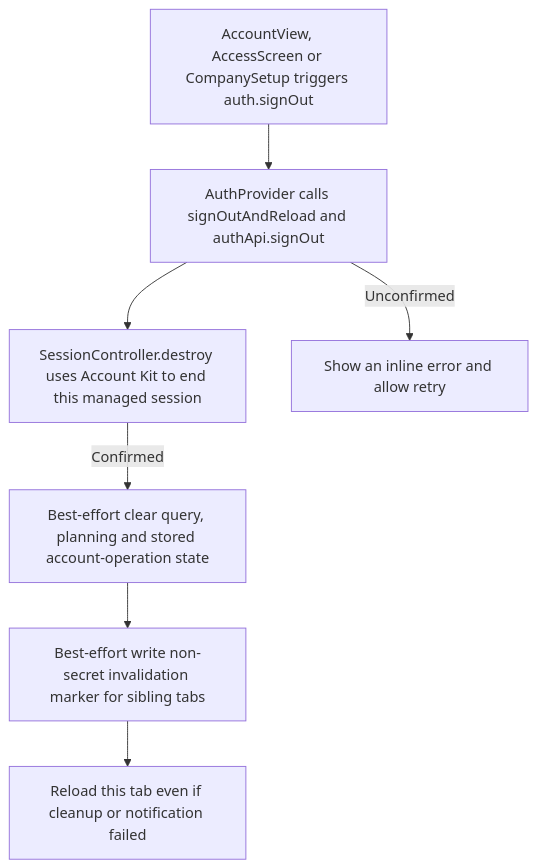
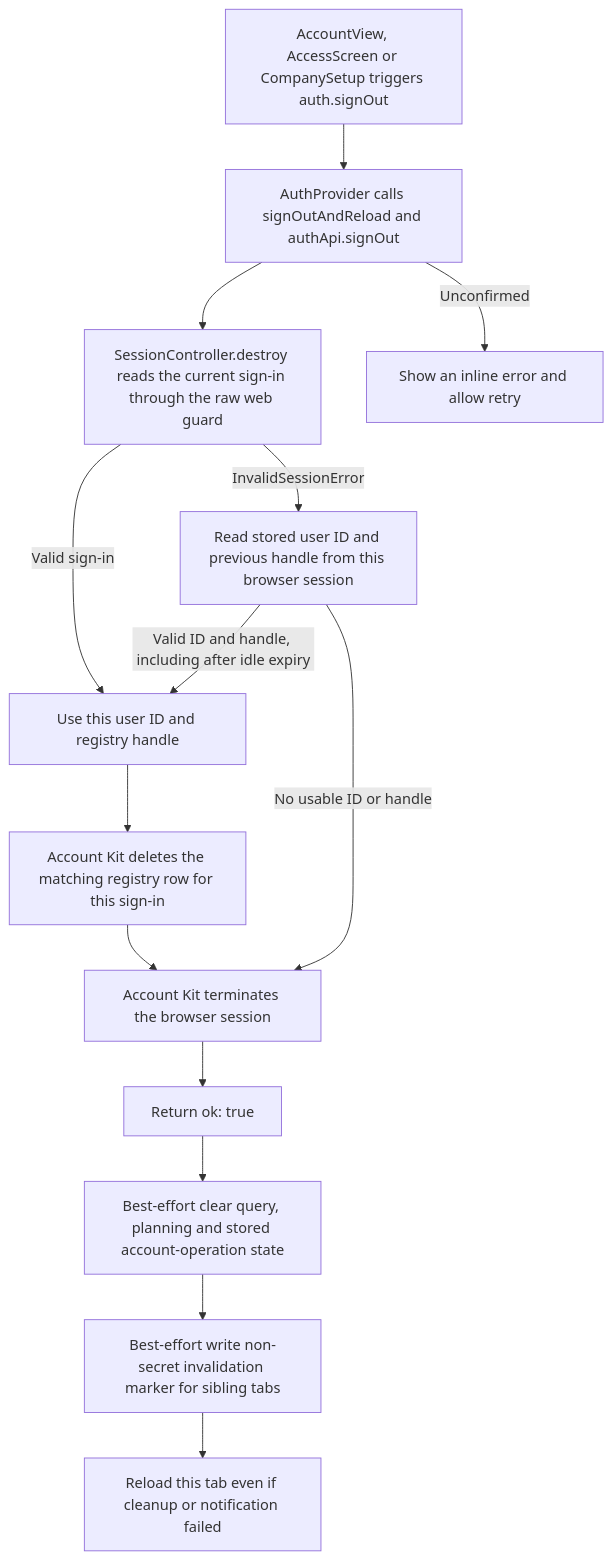
Before and after one commit to Kevinjohn/capacitylens: the second of 2 diagrams in user-stories/account/US-ACCOUNT-04-sign-out.md, drawn with Mermaid. The commit also changed other lines of this file and 26 other files, not shown here.

Commit message:
Refresh the account and planning user stories

````diff
--- a/user-stories/account/US-ACCOUNT-04-sign-out.md
+++ b/user-stories/account/US-ACCOUNT-04-sign-out.md
@@ -26,9 +27,16 @@
 ```mermaid
 flowchart TD
   entry["AccountView, AccessScreen or CompanySetup triggers auth.signOut"] --> request["AuthProvider calls signOutAndReload and authApi.signOut"]
-  request --> logout["SessionController.destroy uses Account Kit to end this managed session"]
+  request --> current["SessionController.destroy reads the current sign-in through the raw web guard"]
+  current -->|Valid sign-in| identified["Use this user ID and registry handle"]
+  current -->|InvalidSessionError| previous["Read stored user ID and previous handle from this browser session"]
+  previous -->|Valid ID and handle, including after idle expiry| identified
+  previous -->|No usable ID or handle| terminate["Account Kit terminates the browser session"]
+  identified --> remove["Account Kit deletes the matching registry row for this sign-in"]
+  remove --> terminate
+  terminate --> ok["Return ok: true"]
   request -->|Unconfirmed| error["Show an inline error and allow retry"]
-  logout -->|Confirmed| cleanup["Best-effort clear query, planning and stored account-operation state"]
+  ok --> cleanup["Best-effort clear query, planning and stored account-operation state"]
   cleanup --> signal["Best-effort write non-secret invalidation marker for sibling tabs"]
   signal --> reload["Reload this tab even if cleanup or notification failed"]
 ```
````
